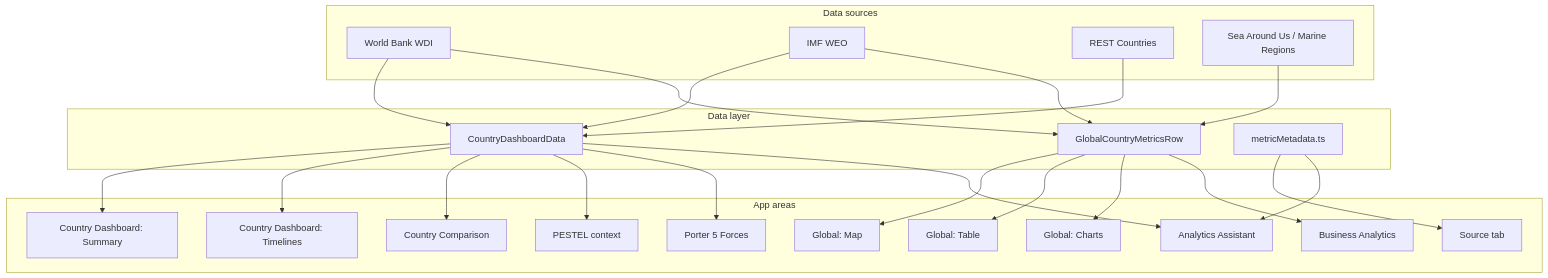
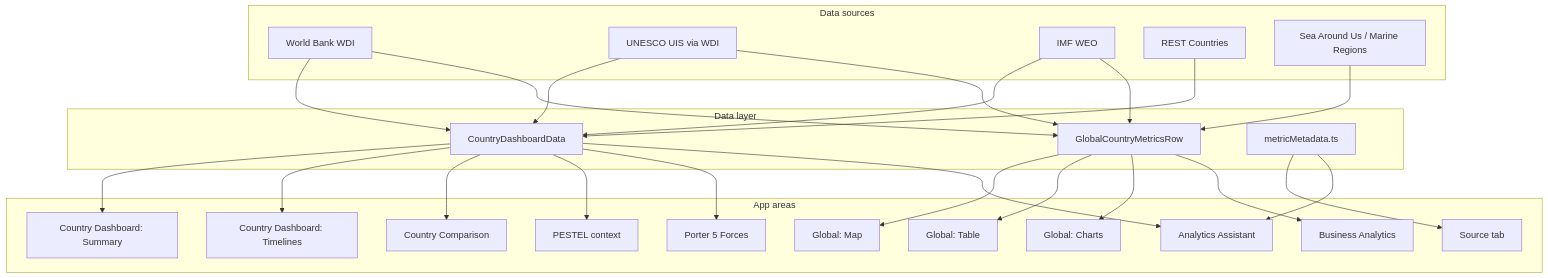
Before and after one commit to RifqiMT/country-analytics-dashboard: the second of 2 diagrams in docs/VARIABLES.md, drawn with Mermaid. The commit also changed other lines of this file and 35 other files, not shown here.

````diff
--- a/docs/VARIABLES.md
+++ b/docs/VARIABLES.md
@@ -261,45 +278,48 @@
 ```mermaid
 flowchart TB
   subgraph Sources["Data sources"]
     WDI[World Bank WDI]
+    UNESCO[UNESCO UIS via WDI]
     IMF[IMF WEO]
     REST[REST Countries]
     SAU[Sea Around Us / Marine Regions]
   end
   subgraph DataLayer["Data layer"]
     CDD[CountryDashboardData]
     GCM[GlobalCountryMetricsRow]
     Meta[metricMetadata.ts]
   end
   subgraph AppAreas["App areas"]
     Summary[Country Dashboard: Summary]
     Timeline[Country Dashboard: Timelines]
     Compare[Country Comparison]
     Map[Global: Map]
     Table[Global: Table]
     Charts[Global: Charts]
     BA[Business Analytics]
     PESTEL[PESTEL context]
     Porter5[Porter 5 Forces]
     Chat[Analytics Assistant]
     Source[Source tab]
   end
   WDI --> CDD
   WDI --> GCM
+  UNESCO --> CDD
+  UNESCO --> GCM
   IMF --> CDD
   IMF --> GCM
   REST --> CDD
   SAU --> GCM
   CDD --> Summary
   CDD --> Timeline
   CDD --> Compare
   CDD --> PESTEL
   CDD --> Porter5
   CDD --> Chat
   GCM --> Map
   GCM --> Table
   GCM --> Charts
   GCM --> BA
   Meta --> Source
   Meta --> Chat
 ```
````
